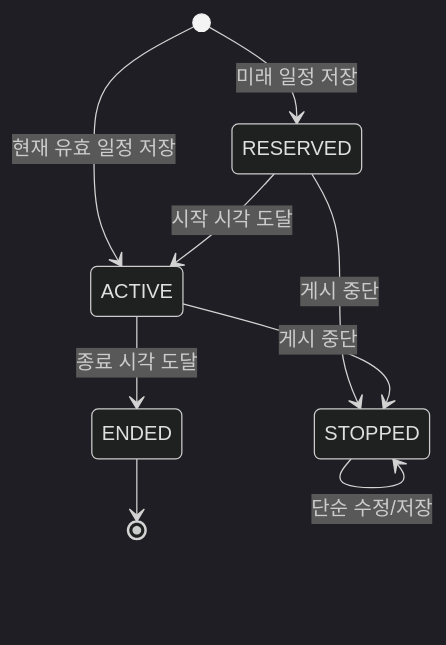
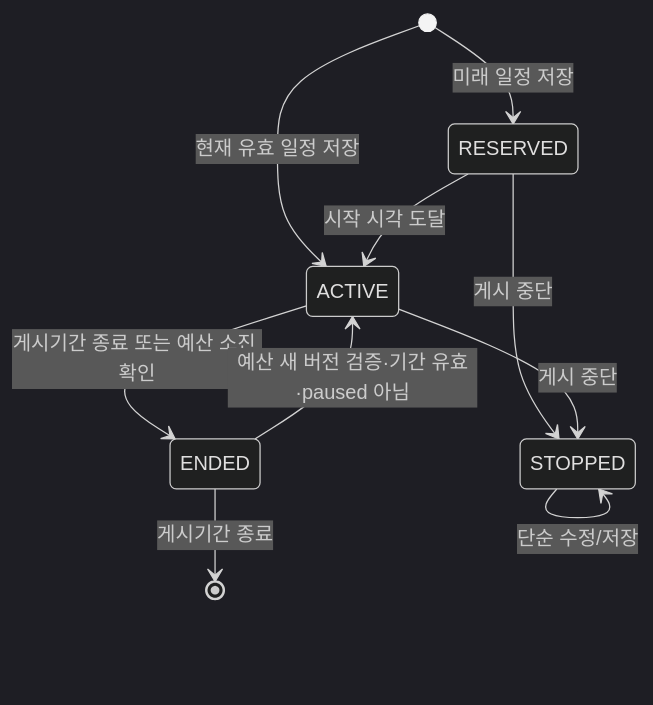
Before and after one commit to encore-ai-campus/mlo-01-p3-team1: the seventh of 8 diagrams in docs/product/카페_음악_서비스_구현_설계도.md, drawn with Mermaid (dark theme). The commit also changed other lines of this file and 216 other files, not shown here.

````diff
--- a/docs/product/카페_음악_서비스_구현_설계도.md
+++ b/docs/product/카페_음악_서비스_구현_설계도.md
@@ -914,11 +923,12 @@
 ```mermaid
 stateDiagram-v2
     [*] --> RESERVED: 미래 일정 저장
     [*] --> ACTIVE: 현재 유효 일정 저장
     RESERVED --> ACTIVE: 시작 시각 도달
-    ACTIVE --> ENDED: 종료 시각 도달
+    ACTIVE --> ENDED: 게시기간 종료 또는 예산 소진 확인
     RESERVED --> STOPPED: 게시 중단
     ACTIVE --> STOPPED: 게시 중단
     STOPPED --> STOPPED: 단순 수정/저장
-    ENDED --> [*]
+    ENDED --> ACTIVE: 예산 새 버전 검증·기간 유효·paused 아님
+    ENDED --> [*]: 게시기간 종료
 ```
````
